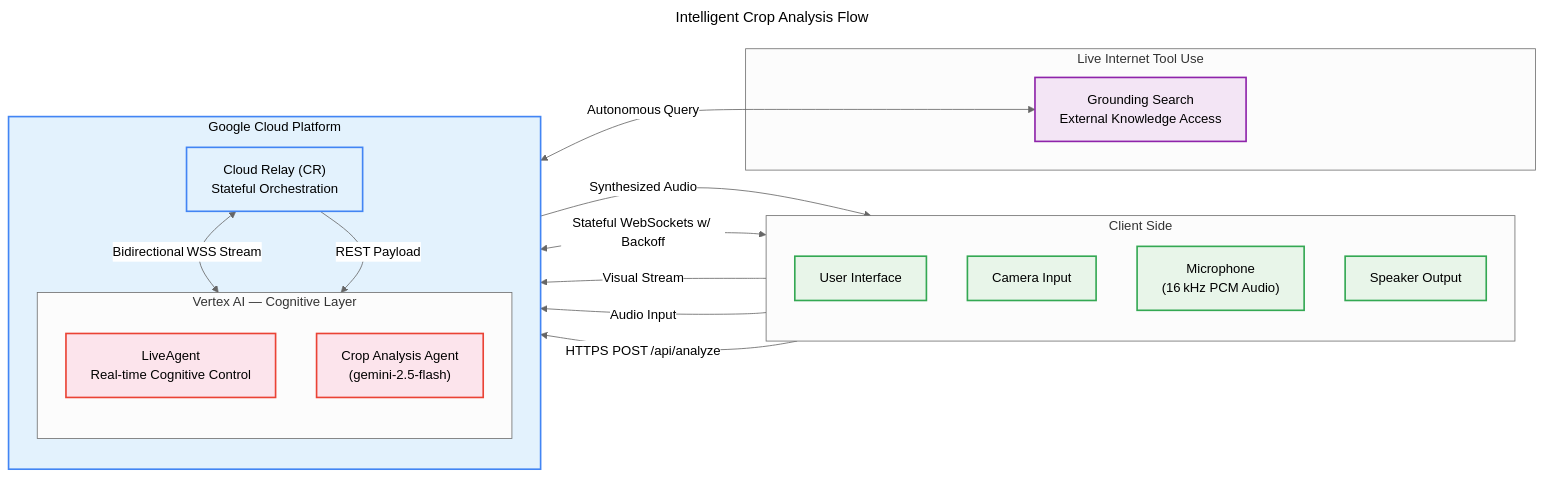
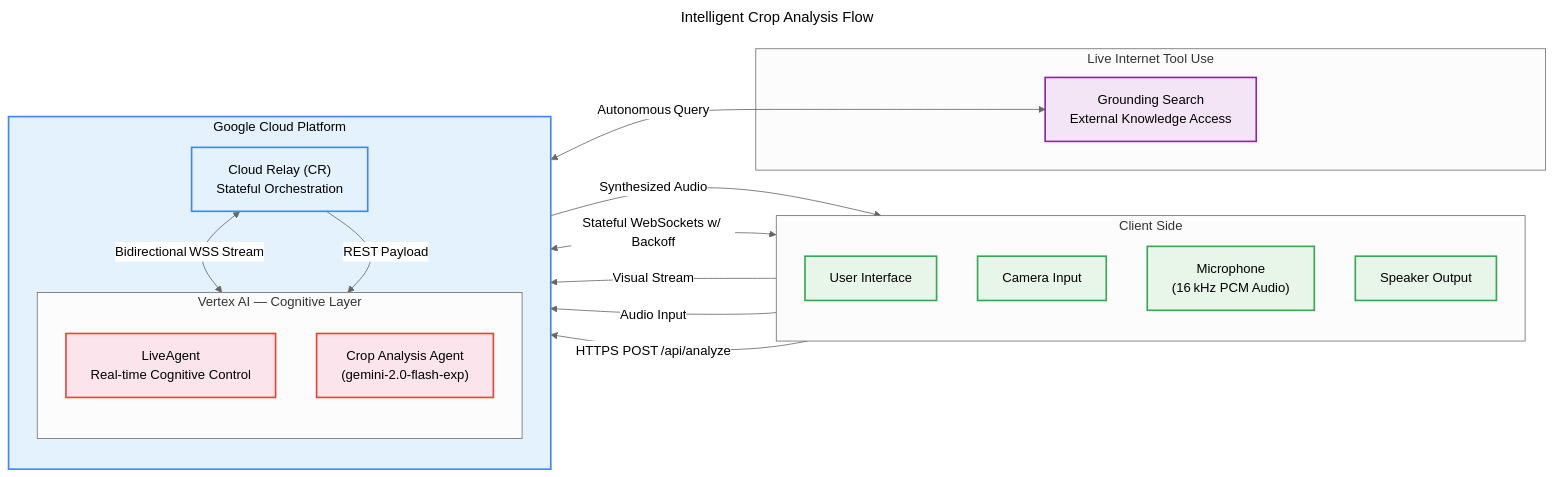
The diagram in README.md (nishal21/AgriLive), drawn with Mermaid before and after one commit. The commit also changed other lines of this file, not shown here.

````diff
--- a/README.md
+++ b/README.md
@@ -47,56 +47,56 @@
 ```mermaid
 ---
 title: Intelligent Crop Analysis Flow
 config:
   layout: dagre
   look: classic
   theme: neutral
 ---
 flowchart LR
     %% Client Side
     subgraph Client["Client Side"]
         direction TB
         UI@{ label: "User Interface" }
         Cam@{ label: "Camera Input" }
         Mic@{ label: "Microphone\n(16 kHz PCM Audio)" }
         Speaker@{ label: "Speaker Output" }
     end
 
     %% Cloud Platform
     subgraph Cloud["Google Cloud Platform"]
         direction TB
         CR@{ label: "Cloud Relay (CR)\nStateful Orchestration" }
 
         subgraph VertexAI["Vertex AI — Cognitive Layer"]
             direction TB
             LiveAgent@{ label: "LiveAgent\nReal‑time Cognitive Control" }
-            AsyncAgent@{ label: "Crop Analysis Agent\n(gemini‑2.5‑flash)" }
+            AsyncAgent@{ label: "Crop Analysis Agent\n(gemini‑2.0‑flash‑exp)" }
         end
     end
 
     %% External Tool Use
     subgraph WebTools["Live Internet Tool Use"]
         Grounding@{ label: "Grounding Search\nExternal Knowledge Access" }
     end
 
     %% Data Flows
     UI <-->|"Stateful WebSockets w/ Backoff"| CR
     Cam -->|"Visual Stream"| CR
     Mic -->|"Audio Input"| CR
     CR -->|"Synthesized Audio"| Speaker
     UI -->|"HTTPS POST /api/analyze"| CR
     CR <-->|"Bidirectional WSS Stream"| LiveAgent
     CR -->|"REST Payload"| AsyncAgent
     LiveAgent <-->|"Autonomous Query"| Grounding
 
     %% Styling Classes
     classDef client fill:#e8f5e9,stroke:#34a853,stroke-width:2px,color:#000;
     classDef cloud fill:#e3f2fd,stroke:#4285f4,stroke-width:2px,color:#000;
     classDef ai fill:#fce4ec,stroke:#ea4335,stroke-width:2px,color:#000;
     classDef ext fill:#f3e5f5,stroke:#8e24aa,stroke-width:2px,color:#000;
 
     class UI,Cam,Mic,Speaker client;
     class CR,Cloud cloud;
     class LiveAgent,AsyncAgent ai;
     class Grounding ext;
 ```
````
